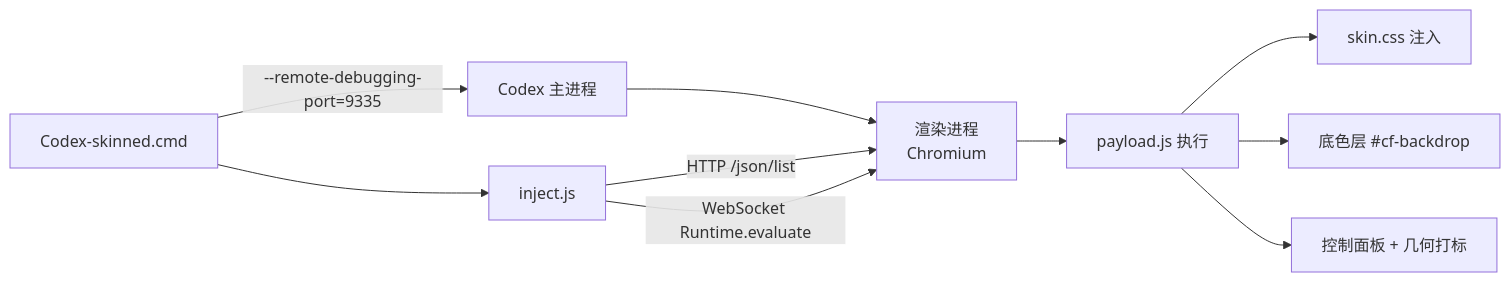
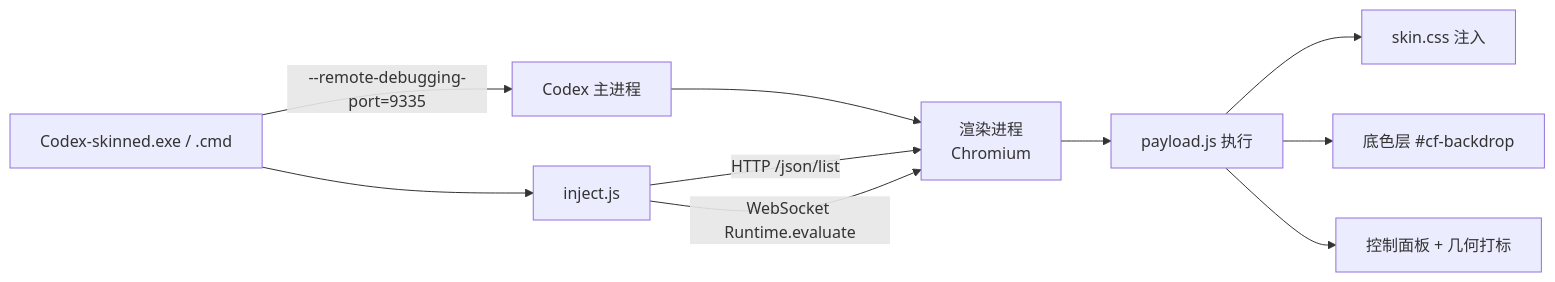
One commit to ISkywalkerI/codex-frosted-glass changed the diagram in README.md. Above: the diagram before and after it, drawn with Mermaid. The commit also changed other lines of this file and 10 other files, not shown here.

First line of the commit message:
feat: ship Codex-skinned.exe with the icon embedded (v1.11.0)

````diff
--- a/README.md
+++ b/README.md
@@ -31,12 +32,12 @@
 ```mermaid
 flowchart LR
-    A["Codex-skinned.cmd"] -->|"--remote-debugging-port=9335"| B["Codex 主进程"]
+    A["Codex-skinned.exe / .cmd"] -->|"--remote-debugging-port=9335"| B["Codex 主进程"]
     B --> C["渲染进程<br/>Chromium"]
     A --> D["inject.js"]
     D -->|"HTTP /json/list"| C
     D -->|"WebSocket Runtime.evaluate"| C
     C --> E["payload.js 执行"]
     E --> F["skin.css 注入"]
     E --> G["底色层 #cf-backdrop"]
     E --> H["控制面板 + 几何打标"]
 ```
````
